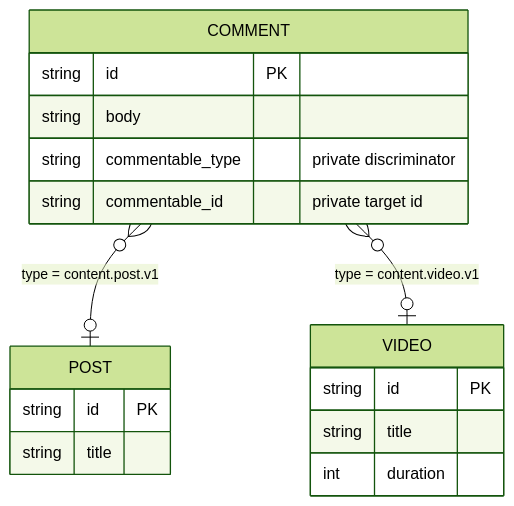
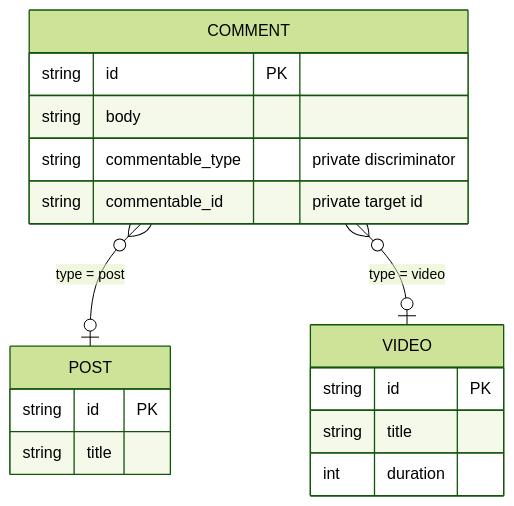
Before and after one commit to beynar/viborm: the diagram in docs/content/docs/schema/relations/polymorphic.mdx, drawn with Mermaid (forest theme). The commit also changed other lines of this file and 9 other files, not shown here.

````diff
--- a/docs/content/docs/schema/relations/polymorphic.mdx
+++ b/docs/content/docs/schema/relations/polymorphic.mdx
@@ -165,20 +170,20 @@
 ```mermaid
 erDiagram
   COMMENT {
     string id PK
     string body
     string commentable_type "private discriminator"
     string commentable_id "private target id"
   }
   POST {
     string id PK
     string title
   }
   VIDEO {
     string id PK
     string title
     int duration
   }
-  COMMENT }o--o| POST : "type = content.post.v1"
-  COMMENT }o--o| VIDEO : "type = content.video.v1"
+  COMMENT }o--o| POST : "type = post"
+  COMMENT }o--o| VIDEO : "type = video"
 ```
````
